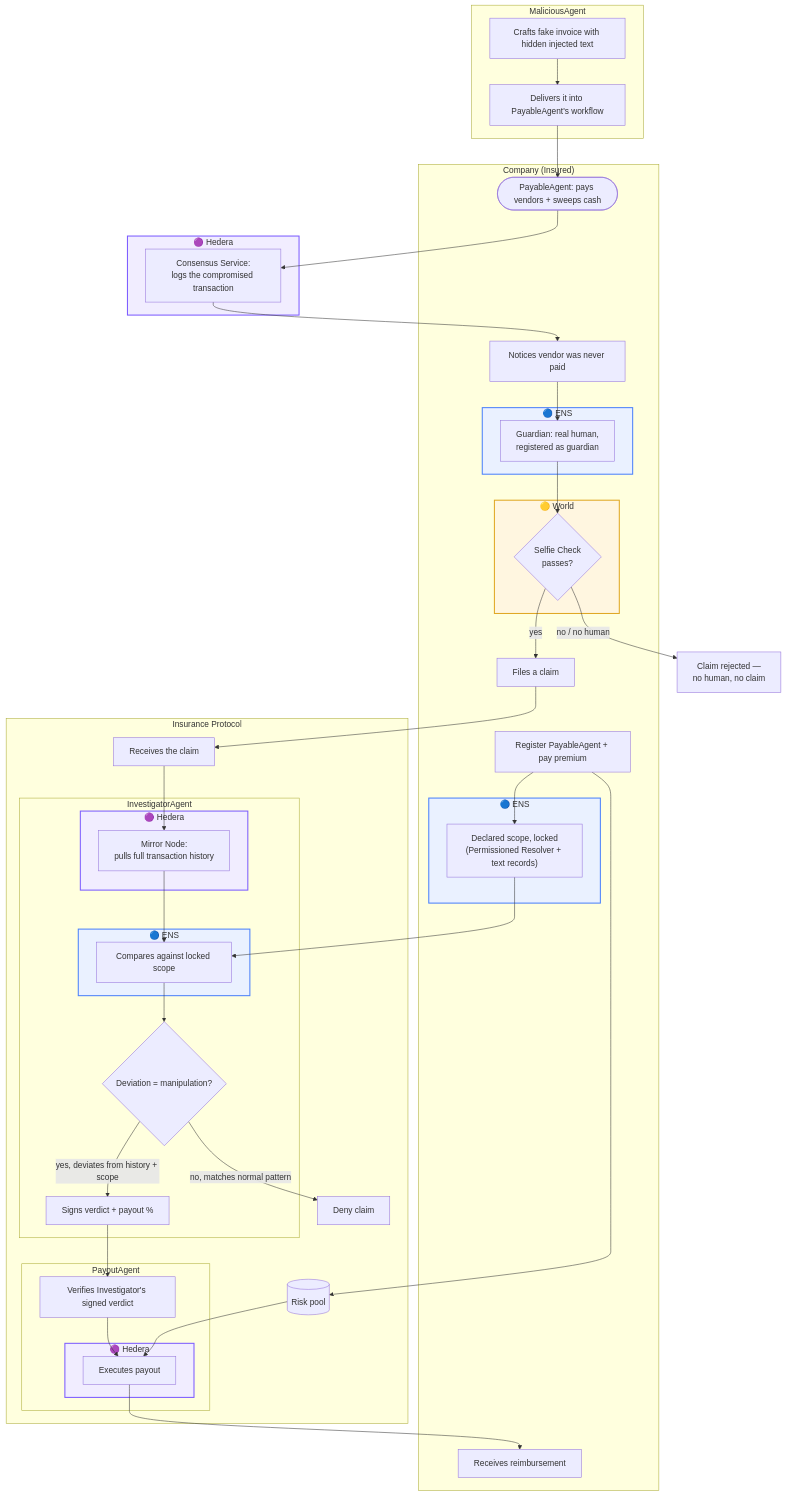
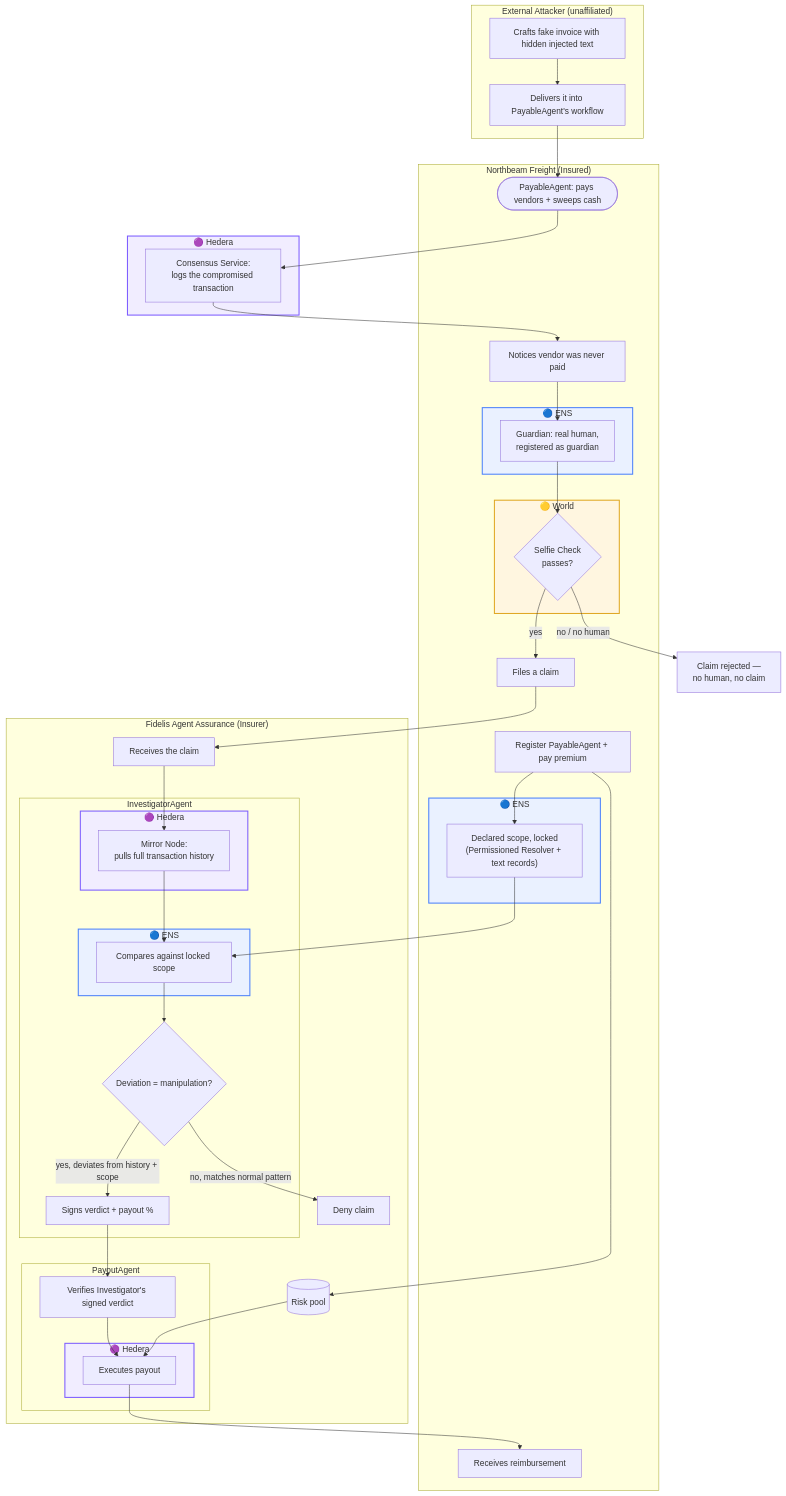
The fourth of 4 diagrams in README.md (jianruan-io/agent-insure), drawn with Mermaid before and after one commit. The commit also changed other lines of this file, not shown here.

First line of the commit message:
Name the two businesses behind each agent for a concrete submission story

````diff
--- a/README.md
+++ b/README.md
@@ -206,80 +214,80 @@
 ```mermaid
 flowchart TD
-    subgraph COMPANY["Company (Insured)"]
+    subgraph COMPANY["Northbeam Freight (Insured)"]
         REGISTER["Register PayableAgent + pay premium"]
 
         subgraph ENS_SCOPE["🔵 ENS"]
             SCOPE["Declared scope, locked<br/>(Permissioned Resolver + text records)"]
         end
 
         PAYABLE(["PayableAgent: pays vendors + sweeps cash"])
         NOTICE["Notices vendor was never paid"]
 
         subgraph ENS_GUARDIAN["🔵 ENS"]
             GUARDIAN["Guardian: real human,<br/>registered as guardian"]
         end
 
         subgraph WORLD_SELFIE["🟡 World"]
             SELFIE{"Selfie Check<br/>passes?"}
         end
 
         CLAIM["Files a claim"]
         PAID["Receives reimbursement"]
     end
 
     BLOCKED["Claim rejected —<br/>no human, no claim"]
 
-    subgraph ATTACKER["MaliciousAgent"]
+    subgraph ATTACKER["External Attacker (unaffiliated)"]
         CRAFT["Crafts fake invoice with hidden injected text"]
         SEND["Delivers it into PayableAgent's workflow"]
     end
 
     subgraph HEDERA_LOG["🟣 Hedera"]
         LOG["Consensus Service:<br/>logs the compromised transaction"]
     end
 
-    subgraph INSURER["Insurance Protocol"]
+    subgraph INSURER["Fidelis Agent Assurance (Insurer)"]
         POOL[("Risk pool")]
         INTAKE["Receives the claim"]
 
         subgraph INVESTIGATOR["InvestigatorAgent"]
             subgraph HEDERA_PULL["🟣 Hedera"]
                 PULL["Mirror Node:<br/>pulls full transaction history"]
             end
             subgraph ENS_CHECK["🔵 ENS"]
                 CHECK["Compares against locked scope"]
             end
             VERDICT{"Deviation = manipulation?"}
             SIGN["Signs verdict + payout %"]
         end
 
         subgraph PAYOUTAGENT["PayoutAgent"]
             VERIFY["Verifies Investigator's signed verdict"]
             subgraph HEDERA_EXEC["🟣 Hedera"]
                 EXECUTE["Executes payout"]
             end
         end
 
         DENY["Deny claim"]
     end
 
     REGISTER --> SCOPE
     REGISTER --> POOL
     CRAFT --> SEND --> PAYABLE --> LOG
     LOG --> NOTICE --> GUARDIAN --> SELFIE
     SELFIE -- "yes" --> CLAIM --> INTAKE
     SELFIE -- "no / no human" --> BLOCKED
     INTAKE --> PULL --> CHECK --> VERDICT
     SCOPE --> CHECK
     VERDICT -- "yes, deviates from history + scope" --> SIGN --> VERIFY --> EXECUTE
     VERDICT -- "no, matches normal pattern" --> DENY
     POOL --> EXECUTE --> PAID
 
     style ENS_SCOPE fill:#eaf1ff,stroke:#4c82fb,stroke-width:2px
     style ENS_GUARDIAN fill:#eaf1ff,stroke:#4c82fb,stroke-width:2px
     style ENS_CHECK fill:#eaf1ff,stroke:#4c82fb,stroke-width:2px
     style WORLD_SELFIE fill:#fff6e0,stroke:#e0a825,stroke-width:2px
     style HEDERA_LOG fill:#f1edff,stroke:#7c5cff,stroke-width:2px
     style HEDERA_PULL fill:#f1edff,stroke:#7c5cff,stroke-width:2px
     style HEDERA_EXEC fill:#f1edff,stroke:#7c5cff,stroke-width:2px
 ```
````
